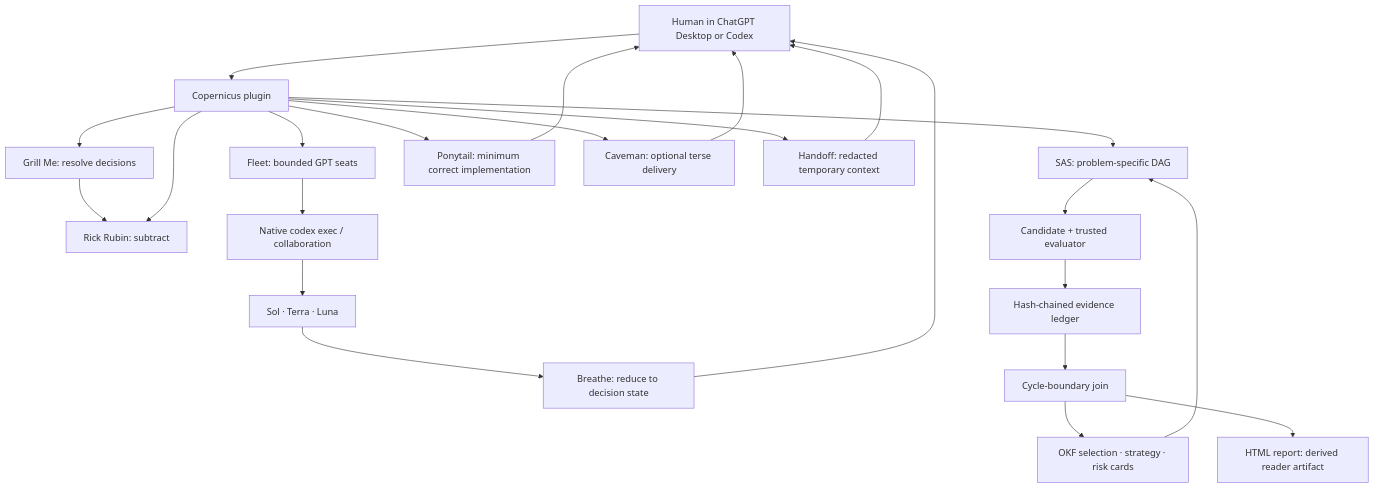
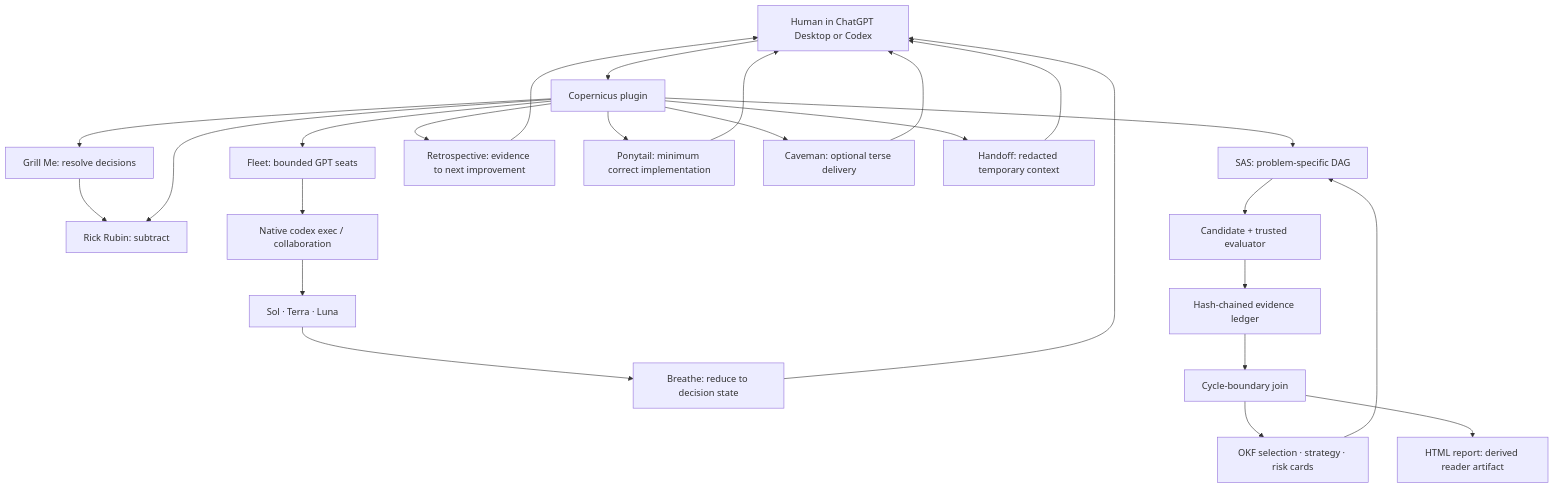
One commit to Babinci/copernicus changed the diagram in docs/copernicus/architecture.md. Above: the diagram before and after it, drawn with Mermaid. The commit also changed other lines of this file and 10 other files, not shown here.

````diff
--- a/docs/copernicus/architecture.md
+++ b/docs/copernicus/architecture.md
@@ -14,25 +14,27 @@
 ```mermaid
 flowchart TD
     U["Human in ChatGPT Desktop or Codex"] --> P["Copernicus plugin"]
     P --> Q["Grill Me: resolve decisions"]
     Q --> R
     P --> R["Rick Rubin: subtract"]
     P --> F["Fleet: bounded GPT seats"]
     P --> S["SAS: problem-specific DAG"]
     F --> C["Native codex exec / collaboration"]
     C --> M["Sol · Terra · Luna"]
     M --> B["Breathe: reduce to decision state"]
     B --> U
     S --> G["Candidate + trusted evaluator"]
     G --> E["Hash-chained evidence ledger"]
     E --> J["Cycle-boundary join"]
     J --> O["OKF selection · strategy · risk cards"]
     J --> H["HTML report: derived reader artifact"]
     O --> S
+    P --> K["Retrospective: evidence to next improvement"]
     P --> Y["Ponytail: minimum correct implementation"]
     P --> V["Caveman: optional terse delivery"]
     P --> T["Handoff: redacted temporary context"]
+    K --> U
     Y --> U
     V --> U
     T --> U
 ```
````
